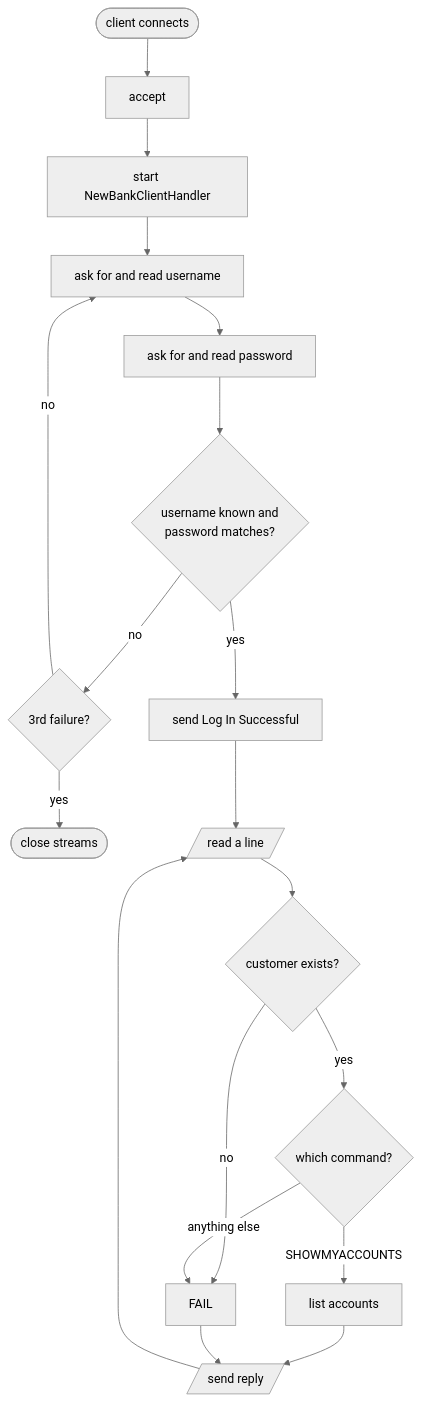
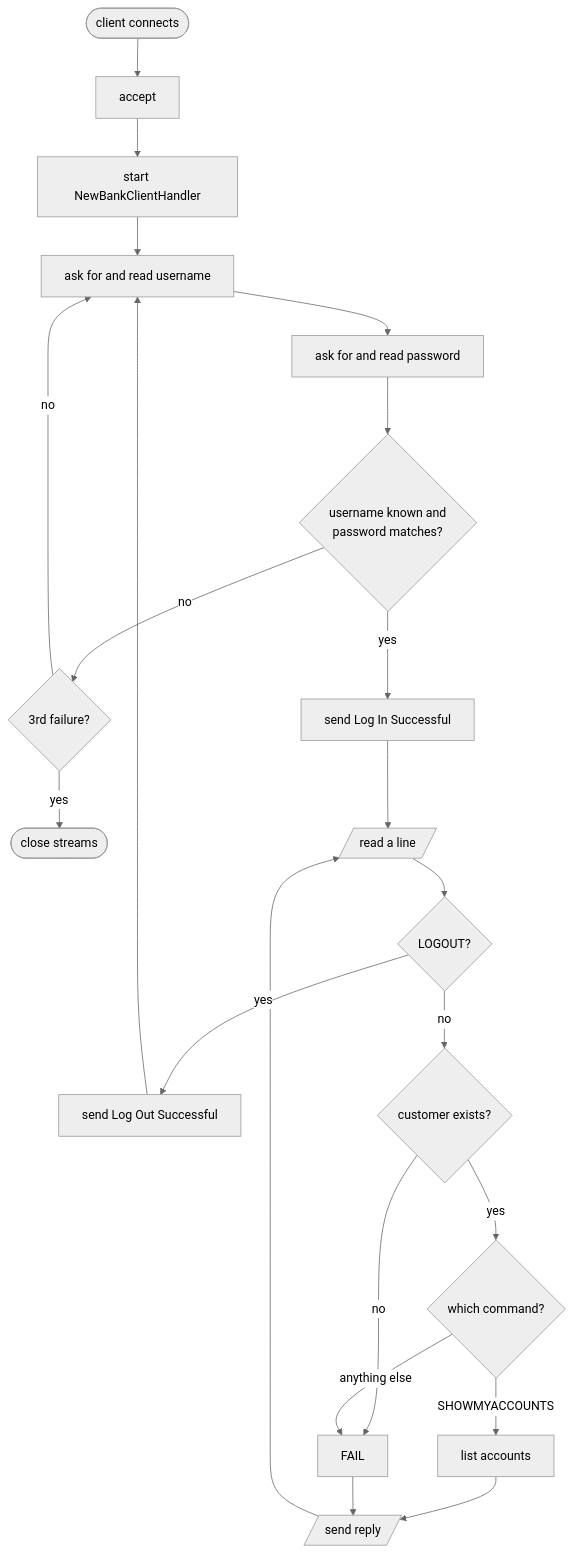
The seventh of 9 diagrams in README.md (richy1623/bath_new_bank), drawn with Mermaid (neutral theme) before and after one commit. The commit also changed other lines of this file and 2 other files, not shown here.

First line of the commit message:
feat: add customer logout

````diff
--- a/README.md
+++ b/README.md
@@ -363,21 +384,23 @@
 ```mermaid
 flowchart TD
     A([client connects]) --> B[accept]
     B --> C[start NewBankClientHandler]
     C --> D[ask for and read username]
     D --> E[ask for and read password]
     E --> F{"username known and<br/>password matches?"}
     F -- no --> G{3rd failure?}
     G -- no --> D
     G -- yes --> Z([close streams])
     F -- yes --> H[send Log In Successful]
     H --> I[/read a line/]
-    I --> J{customer exists?}
+    I --> LO{LOGOUT?}
+    LO -- yes --> LS[send Log Out Successful] --> D
+    LO -- no --> J{customer exists?}
     J -- no --> K[FAIL]
     J -- yes --> L{which command?}
     L -- SHOWMYACCOUNTS --> M[list accounts]
     L -- anything else --> K
     M --> N[/send reply/]
     K --> N
     N --> I
 ```
````
